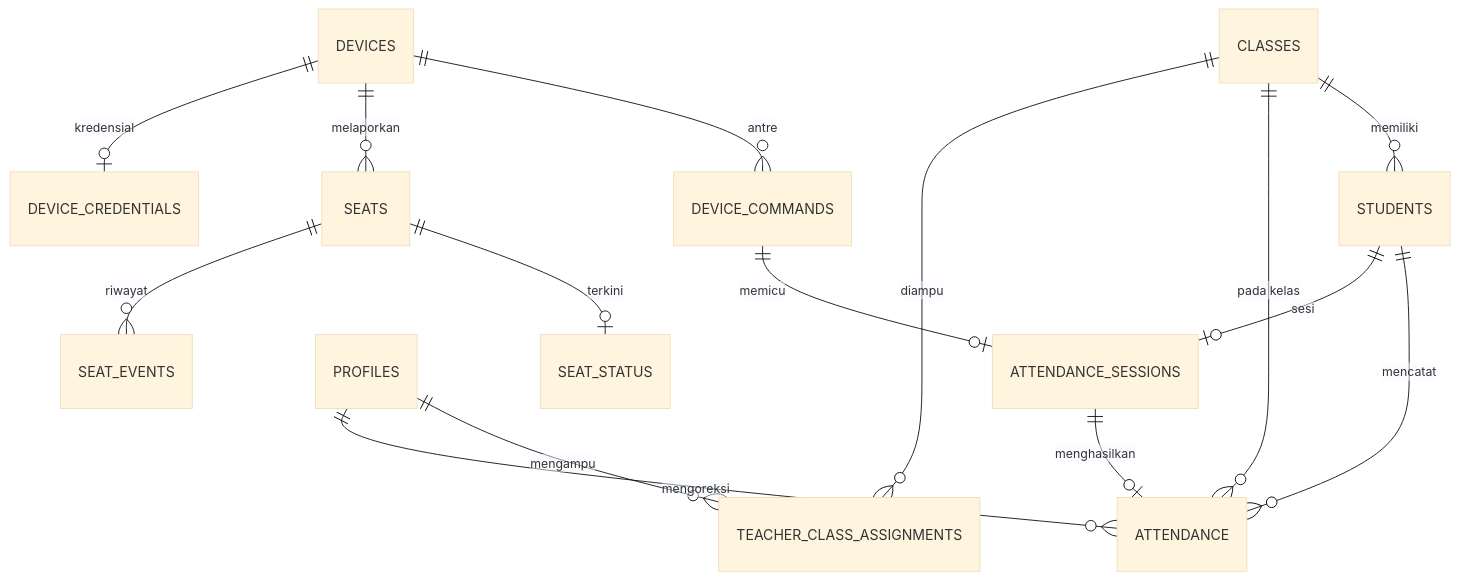
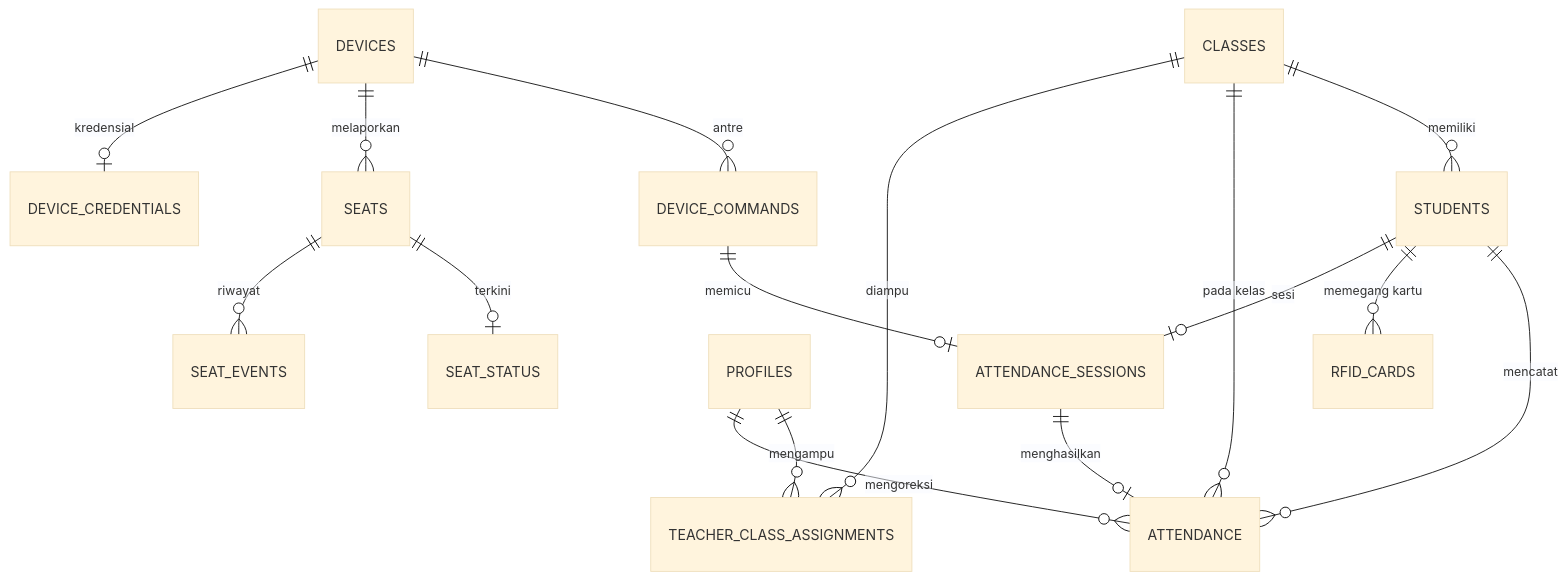
The diagram in ObsidianAllProgramSK/docs/database.md (DandiKurnia/ProyekSK), drawn with Mermaid (base theme) before and after one commit. The commit also changed other lines of this file and 16 other files, not shown here.

First line of the commit message:
feat(rfid): kartu RFID RC522 sebagai faktor kedua alternatif 2FA

````diff
--- a/ObsidianAllProgramSK/docs/database.md
+++ b/ObsidianAllProgramSK/docs/database.md
@@ -211,17 +225,18 @@
 ```mermaid
 erDiagram
     CLASSES ||--o{ STUDENTS : "memiliki"
     CLASSES ||--o{ ATTENDANCE : "pada kelas"
     STUDENTS ||--o{ ATTENDANCE : "mencatat"
+    STUDENTS ||--o{ RFID_CARDS : "memegang kartu"
     STUDENTS ||--o| ATTENDANCE_SESSIONS : "sesi"
     PROFILES ||--o{ TEACHER_CLASS_ASSIGNMENTS : "mengampu"
     CLASSES ||--o{ TEACHER_CLASS_ASSIGNMENTS : "diampu"
     DEVICES ||--o{ DEVICE_COMMANDS : "antre"
     DEVICE_COMMANDS ||--o| ATTENDANCE_SESSIONS : "memicu"
     ATTENDANCE_SESSIONS ||--o| ATTENDANCE : "menghasilkan"
     PROFILES ||--o{ ATTENDANCE : "mengoreksi"
     DEVICES ||--o{ SEATS : "melaporkan"
     SEATS ||--o| SEAT_STATUS : "terkini"
     SEATS ||--o{ SEAT_EVENTS : "riwayat"
     DEVICES ||--o| DEVICE_CREDENTIALS : "kredensial"
 ```
````
